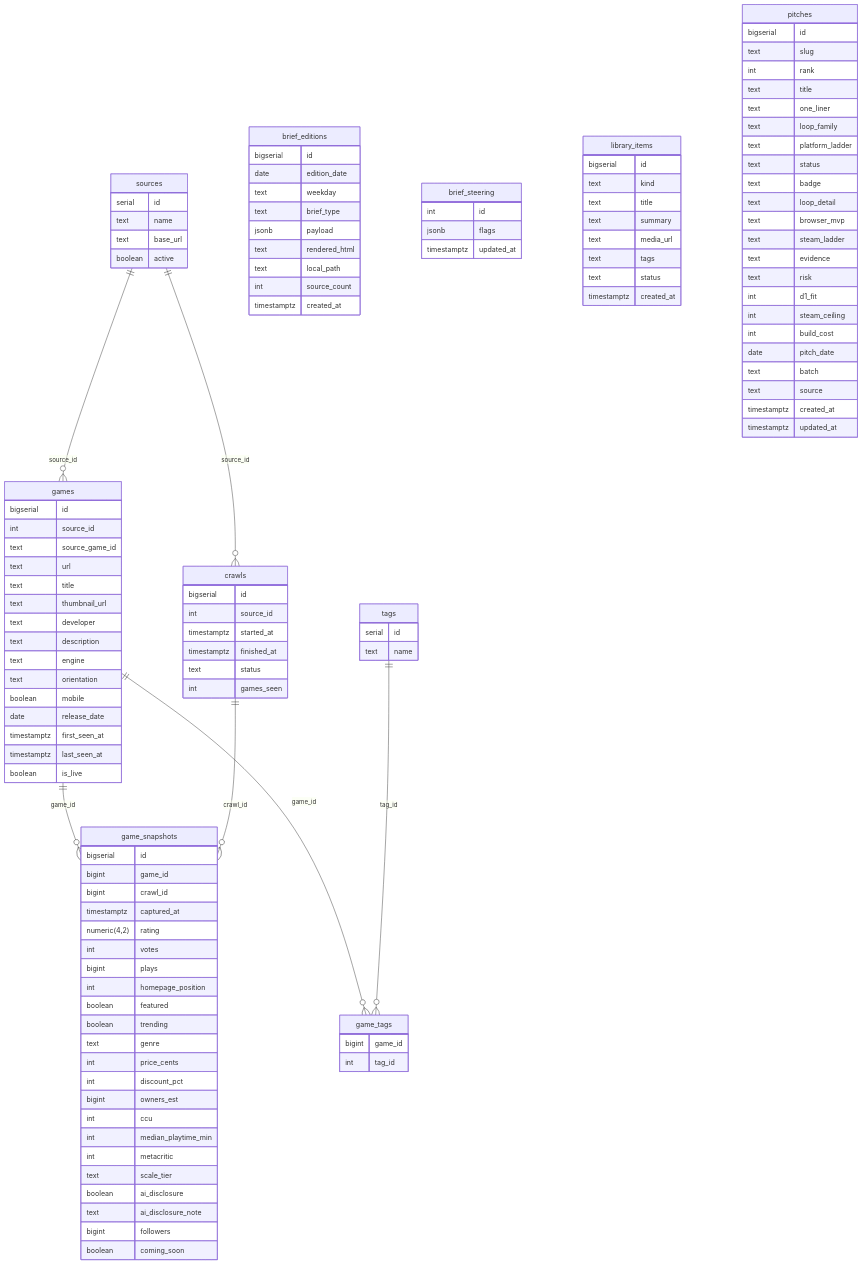
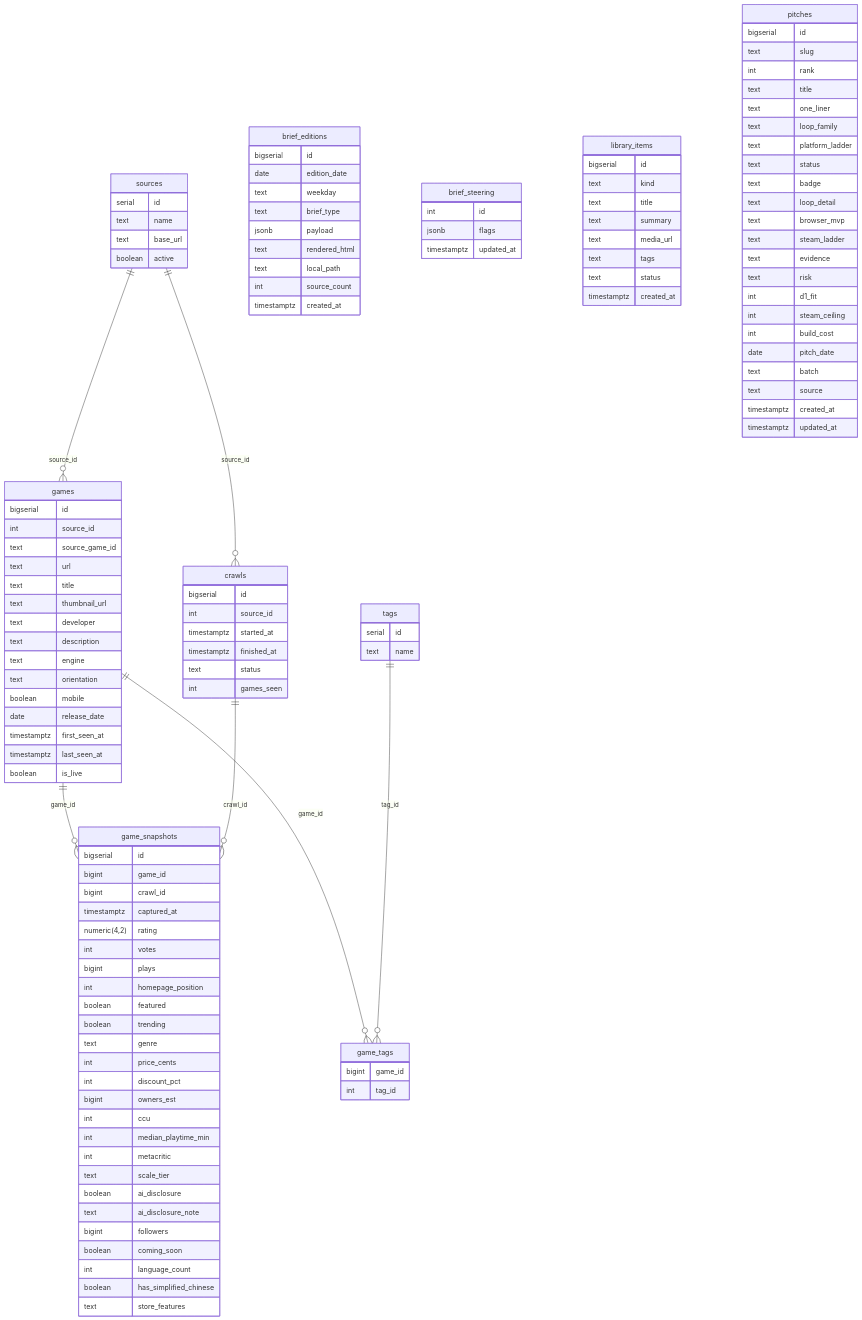
The diagram in docs/reference/schema.md (ry4nch1n/KAIROS), drawn with Mermaid before and after one commit. The commit also changed other lines of this file and 5 other files, not shown here.

```diff
--- a/docs/reference/schema.md
+++ b/docs/reference/schema.md
@@ -73,6 +73,9 @@
     text ai_disclosure_note
     bigint followers
     boolean coming_soon
+    int language_count
+    boolean has_simplified_chinese
+    text store_features
   }
   tags {
     serial id
```
